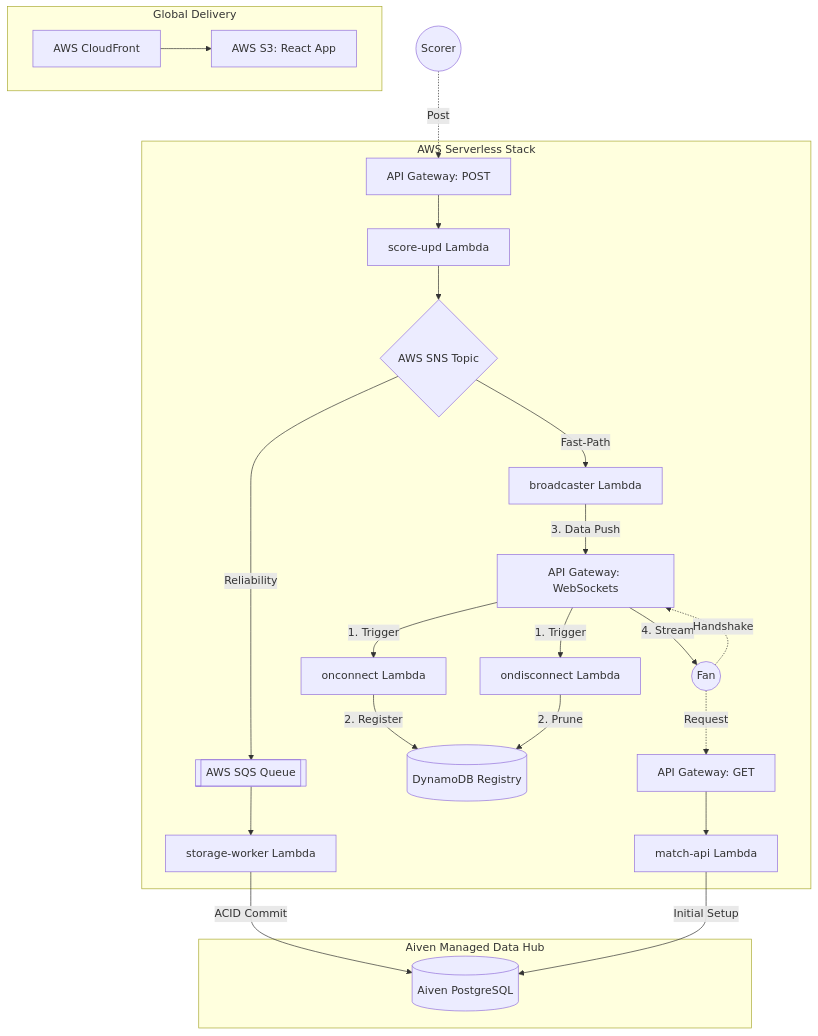
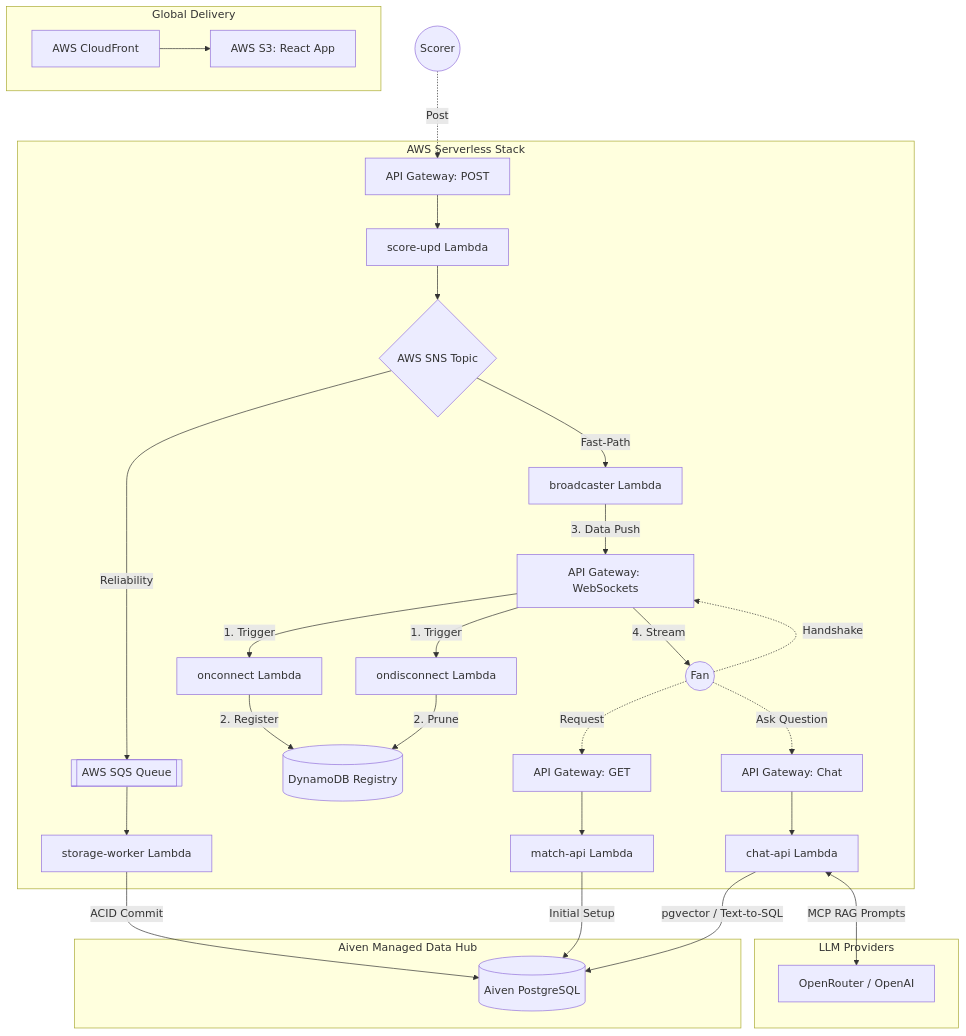
Before and after one commit to venkatesh-singamsetty/cricscore: the diagram in README.md, drawn with Mermaid.

Commit message:
docs: add AI and MCP architecture to system diagram

````diff
--- a/README.md
+++ b/README.md
@@ -32,45 +32,56 @@
 ```mermaid
 graph TD
     %% Global CDN Layer
     subgraph CDN [Global Delivery]
         CF[AWS CloudFront] --> S3[AWS S3: React App]
     end
 
     %% Cloud Logic
     subgraph AWS [AWS Serverless Stack]
         REST_GET[API Gateway: GET] --> match_api[match-api Lambda]
 
         REST_POST[API Gateway: POST] --> score_update[score-upd Lambda]
         score_update --> SNS{AWS SNS Topic}
+
+        %% Agentic AI
+        REST_AI[API Gateway: Chat] --> chat_api[chat-api Lambda]
 
         %% Consumer logic
         SNS -->|Reliability| SQS[[AWS SQS Queue]]
         SQS --> storage_worker[storage-worker Lambda]
 
         SNS -->|Fast-Path| broadcaster[broadcaster Lambda]
 
         %% WebSocket Gateway Hub
         WS_GW[API Gateway: WebSockets] -->|1. Trigger| onConnect[onconnect Lambda]
         WS_GW -->|1. Trigger| onDisconnect[ondisconnect Lambda]
 
         onConnect -->|2. Register| DDB[(DynamoDB Registry)]
         onDisconnect -->|2. Prune| DDB
 
         broadcaster -->|3. Data Push| WS_GW
         WS_GW -->|4. Stream| Fan
     end
 
-    %% Data Hub vertically stacked for clear routing
+    %% Data Hub
     subgraph Aiven [Aiven Managed Data Hub]
         PG[(Aiven PostgreSQL)]
+    end
+
+    %% External AI Models
+    subgraph AI [LLM Providers]
+        LLM[OpenRouter / OpenAI]
     end
 
     %% Explicit data routing
     match_api -->|Initial Setup| PG
     storage_worker -->|ACID Commit| PG
+    chat_api -->|pgvector / Text-to-SQL| PG
+    chat_api <-->|MCP RAG Prompts| LLM
 
     %% User Interaction Labels
     Fan((Fan)) -.->|Request| REST_GET
     Fan -.->|Handshake| WS_GW
+    Fan -.->|Ask Question| REST_AI
     Scorer((Scorer)) -.->|Post| REST_POST
 ```
````
